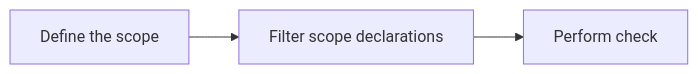
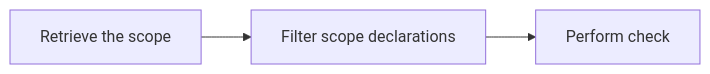
One commit to LemonAppDev/konsist changed the diagram in docs/getting-started/gettingstarted.md. Above: the diagram before and after it, drawn with Mermaid. The commit also changed other lines of this file and 12 other files, not shown here.

````diff
--- a/docs/getting-started/gettingstarted.md
+++ b/docs/getting-started/gettingstarted.md
@@ -21,5 +65,5 @@
 ```mermaid
 flowchart LR
-    Step1["Define the scope"]-->Step2["Filter scope declarations"]
+    Step1["Retrieve the scope"]-->Step2["Filter scope declarations"]
     Step2-->Step3["Perform check"]
 ```
````
